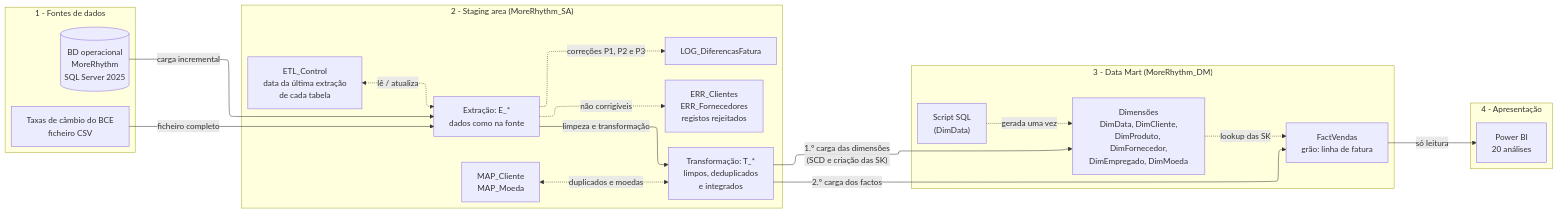
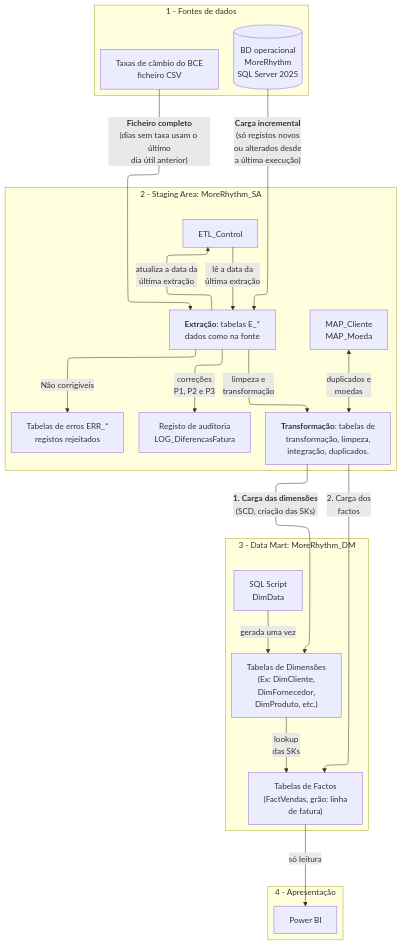
The first of 4 diagrams in docs/modelo-dimensional/diagrama-bd.md (1231478-Ellah-Fleischmann/ARMDD_26-27_1231478_1260464), drawn with Mermaid before and after one commit. The commit also changed other lines of this file and 2 other files, not shown here.

Commit message:
docs: índice completo, decisões, figura 1 e diagramas atualizados

````diff
--- a/docs/modelo-dimensional/diagrama-bd.md
+++ b/docs/modelo-dimensional/diagrama-bd.md
@@ -15,46 +15,49 @@
 ```mermaid
 ---
 config:
   layout: elk
+  flowchart:
+    curve: basis
 ---
-flowchart LR
+flowchart TB
     subgraph FONTE["1 - Fontes de dados"]
         MR[("BD operacional<br/>MoreRhythm<br/>SQL Server 2025")]
         ECB["Taxas de câmbio do BCE<br/>ficheiro CSV"]
     end
 
-    subgraph STG["2 - Staging area (MoreRhythm_SA)"]
-        CTRL["ETL_Control<br/>data da última extração<br/>de cada tabela"]
-        RAW["Extração: E_*<br/>dados como na fonte"]
-        TR["Transformação: T_*<br/>limpos, deduplicados<br/>e integrados"]
-        ERR["ERR_Clientes<br/>ERR_Fornecedores<br/>registos rejeitados"]
-        LOG["LOG_DiferencasFatura"]
+    subgraph STG["2 - Staging Area: MoreRhythm_SA"]
+        E["<b>Extração</b>: tabelas E_*<br/>dados como na fonte"]
+        CTRL["ETL_Control"]
+        LOG["Registo de auditoria<br/>LOG_DiferencasFatura"]
+        ERR["Tabelas de erros ERR_*<br/>registos rejeitados"]
+        T["<b>Transformação</b>: tabelas de<br/>transformação, limpeza,<br/>integração, duplicados."]
         MAP["MAP_Cliente<br/>MAP_Moeda"]
     end
 
-    subgraph DM["3 - Data Mart (MoreRhythm_DM)"]
-        SCR["Script SQL<br/>(DimData)"]
-        DIM["Dimensões<br/>DimData, DimCliente,<br/>DimProduto, DimFornecedor,<br/>DimEmpregado, DimMoeda"]
-        FACT["FactVendas<br/>grão: linha de fatura"]
+    subgraph DM["3 - Data Mart: MoreRhythm_DM"]
+        SCR["SQL Script<br/>DimData"]
+        DIM["Tabelas de Dimensões<br/>(Ex: DimCliente,<br/>DimFornecedor,<br/>DimProduto, etc.)"]
+        FACT["Tabelas de Factos<br/>(FactVendas, grão: linha<br/>de fatura)"]
     end
 
     subgraph APR["4 - Apresentação"]
-        PBI["Power BI<br/>20 análises"]
+        PBI["Power BI"]
     end
 
-    MR -- "carga incremental" --> RAW
-    ECB -- "ficheiro completo" --> RAW
-    CTRL <-. "lê / atualiza" .-> RAW
+    MR -- "<b>Carga incremental</b><br/>(só registos novos<br/>ou alterados desde<br/>a última execução)" --> E
+    ECB -- "<b>Ficheiro completo</b><br/>(dias sem taxa usam o último<br/>dia útil anterior)" --> E
 
-    RAW -- "limpeza e transformação" --> TR
-    RAW -. "não corrigíveis" .-> ERR
-    RAW -. "correções P1, P2 e P3" .-> LOG
-    MAP <-. "duplicados e moedas" .-> TR
+    CTRL -- "lê a data da<br/>última extração" --> E
+    E -- "atualiza a data da<br/>última extração" --> CTRL
+    E -- "correções<br/>P1, P2 e P3" --> LOG
+    E -- "Não corrigíveis" --> ERR
+    E -- "limpeza e<br/>transformação" --> T
+    MAP <-- "duplicados e<br/>moedas" --> T
 
-    SCR -. "gerada uma vez" .-> DIM
-    TR -- "1.º carga das dimensões<br/>(SCD e criação das SK)" --> DIM
-    TR -- "2.º carga dos factos" --> FACT
-    DIM -. "lookup das SK" .-> FACT
+    T -- "<b>1. Carga das dimensões</b><br/>(SCD, criação das SKs)" --> DIM
+    T -- "2. Carga dos<br/>factos" --> FACT
+    SCR -- "gerada uma vez" --> DIM
+    DIM -- "lookup<br/>das SKs" --> FACT
 
     FACT -- "só leitura" --> PBI
 ```
````
